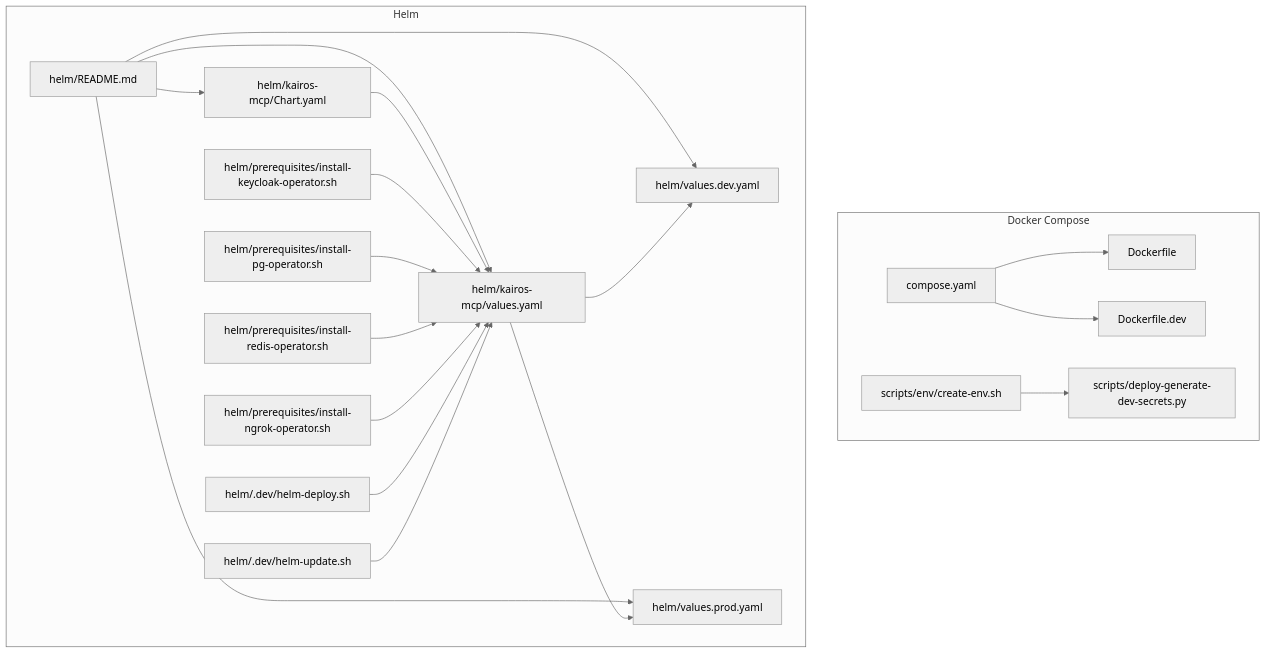
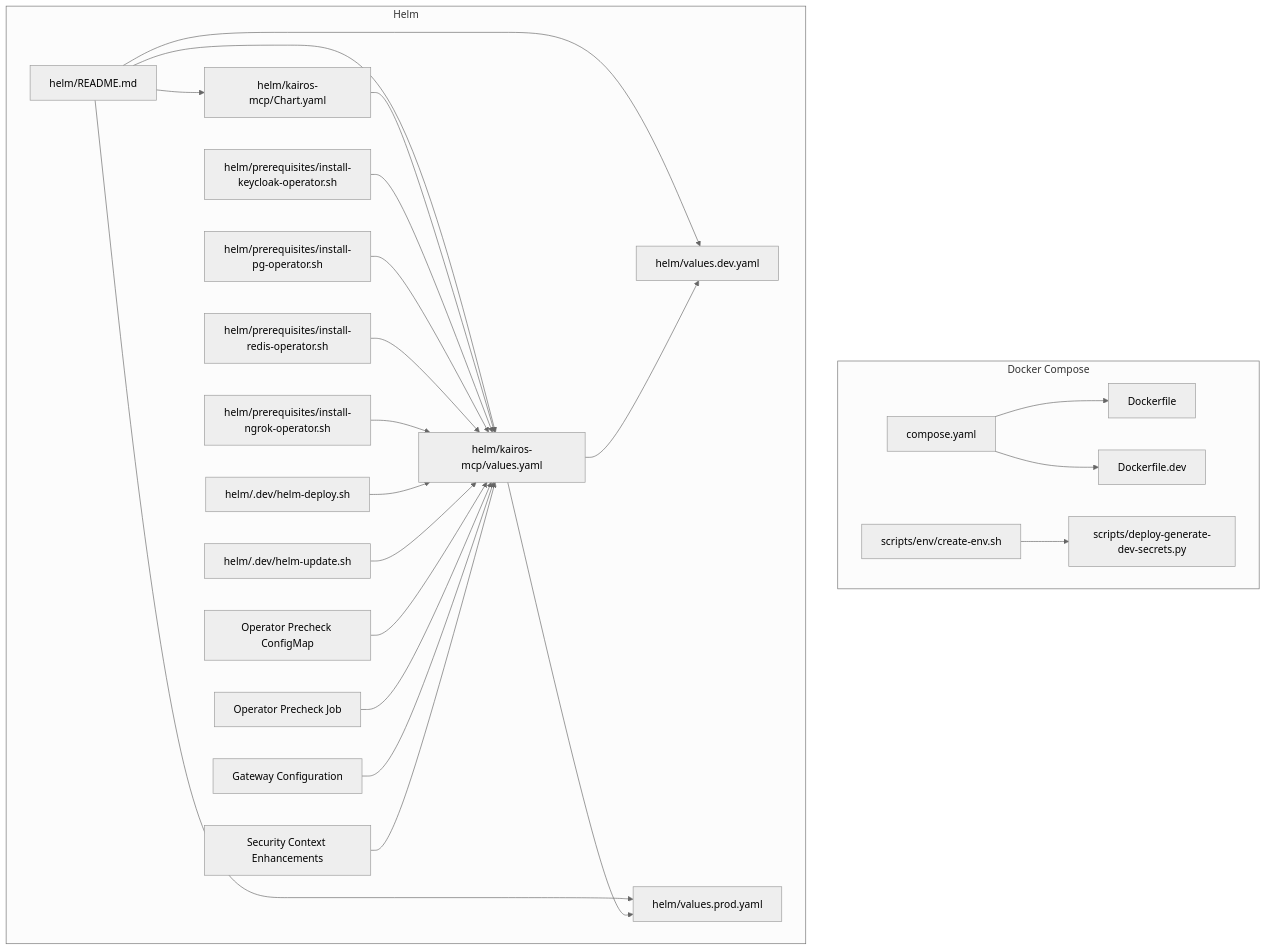
The first of 6 diagrams in .qoder/repowiki/en/content/Deployment & Operations.md (debian777/kairos-mcp), drawn with Mermaid (neutral theme) before and after one commit. The commit also changed other lines of this file and 16 other files, not shown here.

````diff
--- a/.qoder/repowiki/en/content/Deployment & Operations.md
+++ b/.qoder/repowiki/en/content/Deployment & Operations.md
@@ -44,39 +56,47 @@
 ```mermaid
 graph TB
 subgraph "Docker Compose"
 C1["compose.yaml"]
 D1["Dockerfile"]
 D2["Dockerfile.dev"]
 E1["scripts/env/create-env.sh"]
 E2["scripts/deploy-generate-dev-secrets.py"]
 end
 subgraph "Helm"
 H1["helm/README.md"]
 H2["helm/kairos-mcp/Chart.yaml"]
 H3["helm/kairos-mcp/values.yaml"]
 H4["helm/values.dev.yaml"]
 H5["helm/values.prod.yaml"]
 P1["helm/prerequisites/install-keycloak-operator.sh"]
 P2["helm/prerequisites/install-pg-operator.sh"]
 P3["helm/prerequisites/install-redis-operator.sh"]
 P4["helm/prerequisites/install-ngrok-operator.sh"]
 F1["helm/.dev/helm-deploy.sh"]
 F2["helm/.dev/helm-update.sh"]
+OP1["Operator Precheck ConfigMap"]
+OP2["Operator Precheck Job"]
+GW["Gateway Configuration"]
+SEC["Security Context Enhancements"]
 end
 C1 --> D1
 C1 --> D2
 E1 --> E2
 H1 --> H2
 H1 --> H3
 H1 --> H4
 H1 --> H5
 H2 --> H3
 H3 --> H4
 H3 --> H5
 P1 --> H3
 P2 --> H3
 P3 --> H3
 P4 --> H3
 F1 --> H3
 F2 --> H3
+OP1 --> H3
+OP2 --> H3
+GW --> H3
+SEC --> H3
 ```
````
